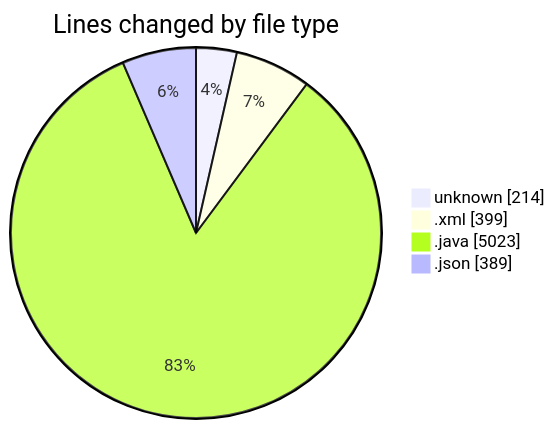
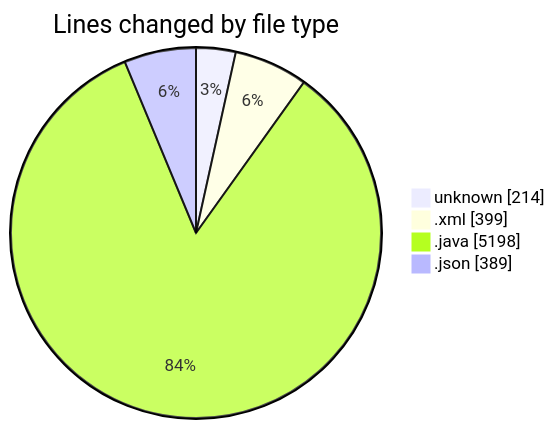
One commit to charlie-sans/code-tracking changed the first of 2 diagrams in 2025-02-24/micros/README.md. Above: the diagram before and after it, drawn with Mermaid. The commit also changed other lines of this file and 1 other file, not shown here.

````diff
--- a/2025-02-24/micros/README.md
+++ b/2025-02-24/micros/README.md
@@ -36,8 +36,8 @@
 ```mermaid
 pie showData
 title Lines changed by file type
 "unknown" : 214
 ".xml" : 399
-".java" : 5023
+".java" : 5198
 ".json" : 389
 ```
````
